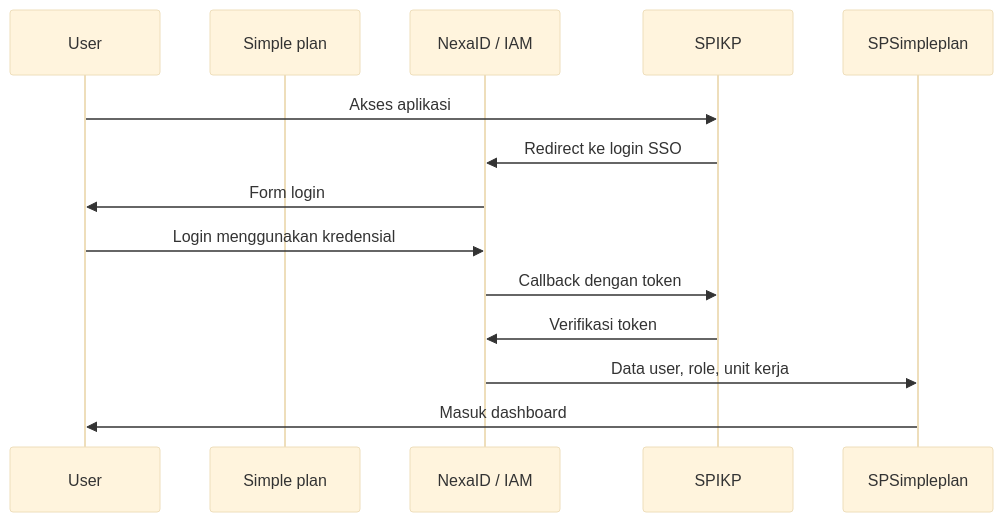
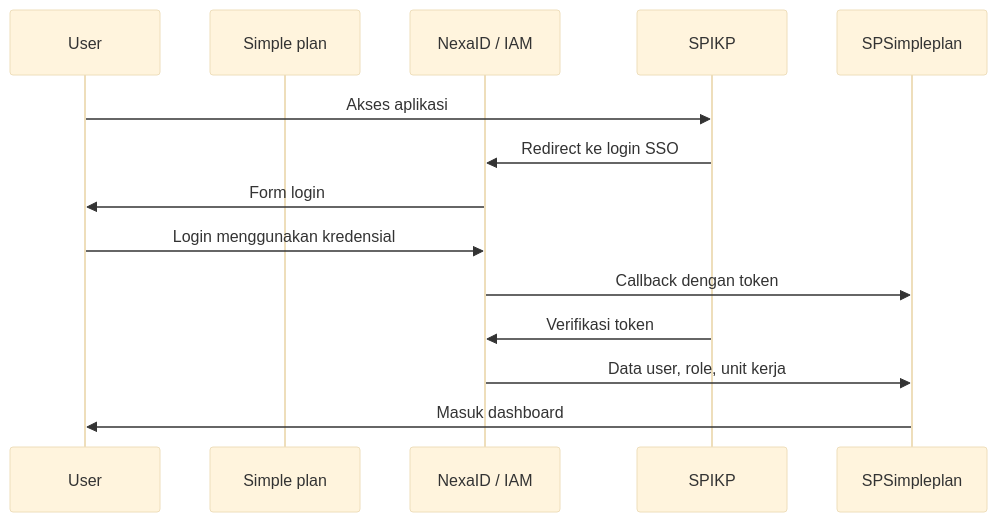
One commit to RSCH-Platform/Simple-Plan- changed the diagram in README.md. Above: the diagram before and after it, drawn with Mermaid (base theme).

````diff
--- a/README.md
+++ b/README.md
@@ -494,15 +494,15 @@
 ```mermaid
 sequenceDiagram
     participant User
     participant Simple plan
     participant IAM as NexaID / IAM
 
     User->>SPIKP: Akses aplikasi
     SPIKP->>IAM: Redirect ke login SSO
     IAM->>User: Form login
     User->>IAM: Login menggunakan kredensial
-    IAM->>SPIKP: Callback dengan token
+    IAM->>SPSimpleplan: Callback dengan token
     SPIKP->>IAM: Verifikasi token
     IAM->>SPSimpleplan: Data user, role, unit kerja
     SPSimpleplan->>User: Masuk dashboard
 ```
````
